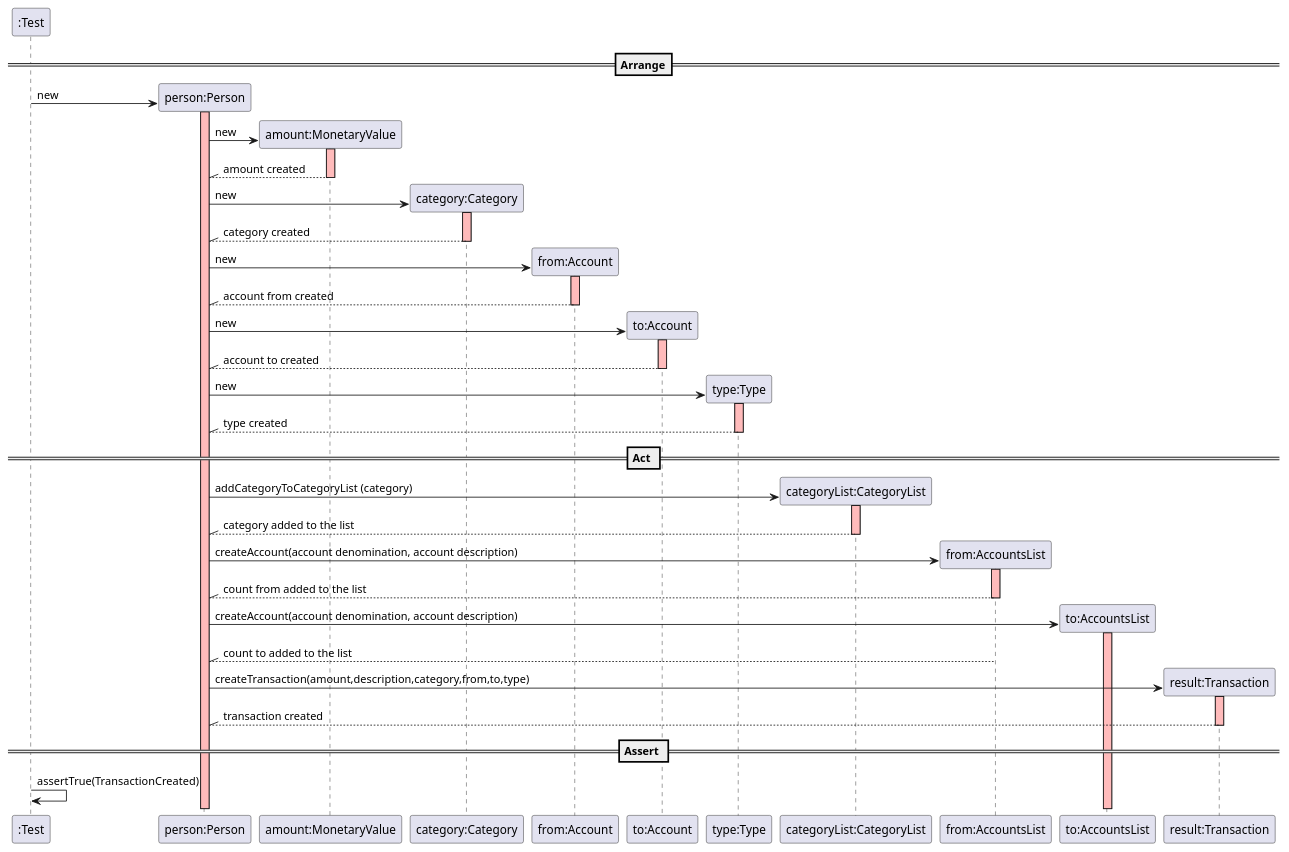
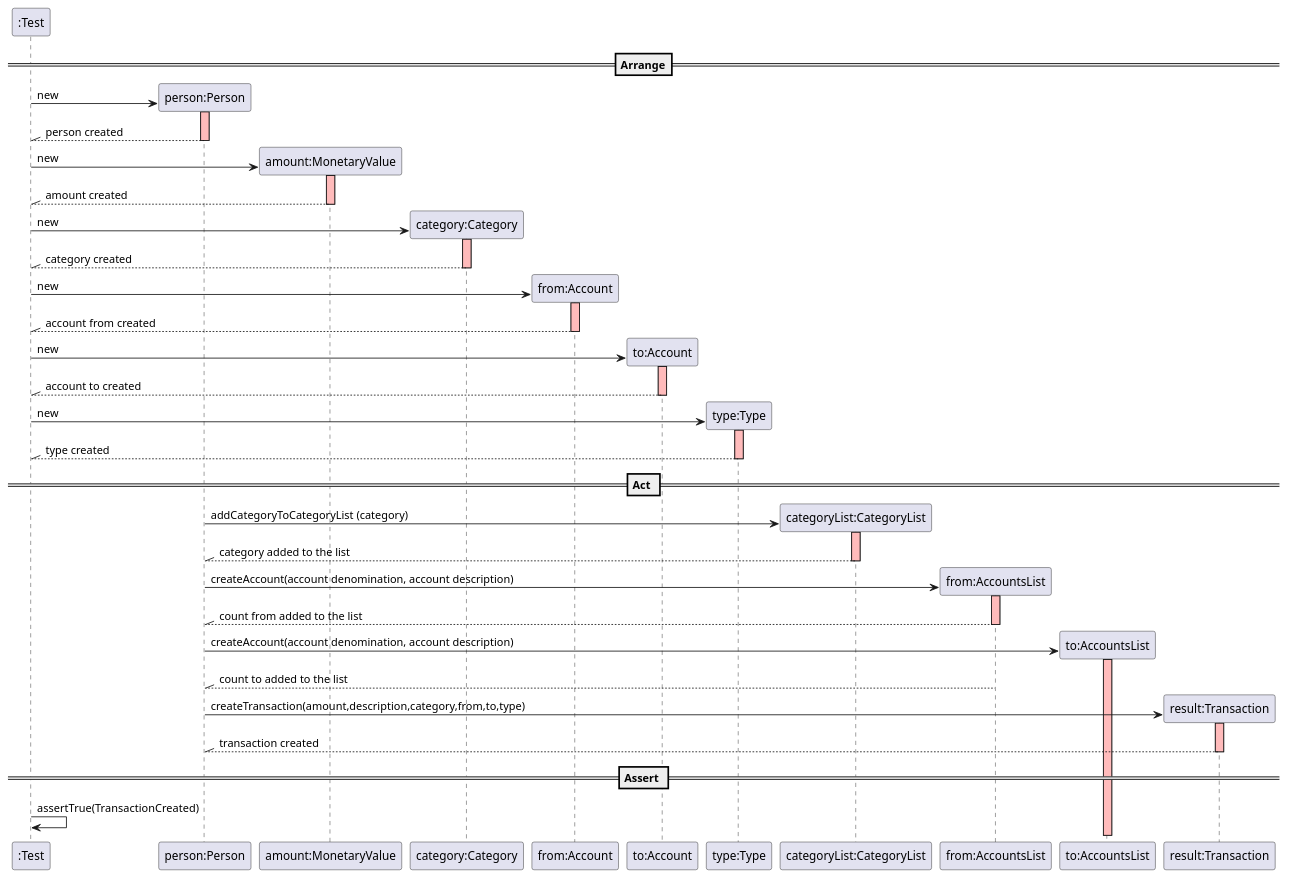
The diagram in docs/SequenceDiagram - UserStory8.puml (mleitaoribeiro/DevOpsMaven), drawn with PlantUML before and after one commit.

```diff
--- a/docs/SequenceDiagram - UserStory8.puml
+++ b/docs/SequenceDiagram - UserStory8.puml
@@ -1,74 +1,76 @@
 @startuml
 create ":Test"
 
 ==Arrange==
 
 create "person:Person"
 ":Test" -> "person:Person" : new
 activate "person:Person" #FFBBBB
+":Test" //-- "person:Person"  : person created
+deactivate "person:Person" #FFBBBB
 
 
 create "amount:MonetaryValue"
-"person:Person" -> "amount:MonetaryValue" : new
+":Test" -> "amount:MonetaryValue" : new
 activate "amount:MonetaryValue"  #FFBBBB
-"person:Person" //-- "amount:MonetaryValue" : amount created
+":Test" //-- "amount:MonetaryValue" : amount created
 deactivate "amount:MonetaryValue" #FFBBBB
 
 
 create "category:Category"
-"person:Person" -> "category:Category" : new
+":Test" -> "category:Category" : new
 activate "category:Category"  #FFBBBB
-"person:Person" //-- "category:Category" : category created
+":Test" //-- "category:Category" : category created
 deactivate "category:Category" #FFBBBB
 
 create "from:Account"
-"person:Person" -> "from:Account" : new
+":Test" -> "from:Account" : new
 activate "from:Account"  #FFBBBB
-"person:Person" //-- "from:Account" : account from created
+":Test" //-- "from:Account" : account from created
 deactivate "from:Account" #FFBBBB
 
 create "to:Account"
-"person:Person" -> "to:Account" : new
+":Test" -> "to:Account" : new
 activate "to:Account"  #FFBBBB
-"person:Person" //-- "to:Account" : account to created
+":Test" //-- "to:Account" : account to created
 deactivate "to:Account" #FFBBBB
 
 create "type:Type"
-"person:Person" -> "type:Type" : new
+":Test" -> "type:Type" : new
 activate "type:Type"  #FFBBBB
-"person:Person" //-- "type:Type" : type created
+":Test" //-- "type:Type" : type created
 deactivate "type:Type" #FFBBBB
 
 
 == Act ==
 
 create "categoryList:CategoryList"
 "person:Person" -> "categoryList:CategoryList" : addCategoryToCategoryList (category)
 activate "categoryList:CategoryList"  #FFBBBB
 "person:Person" //-- "categoryList:CategoryList" : category added to the list
 deactivate "categoryList:CategoryList" #FFBBBB
 
 create "from:AccountsList"
 "person:Person" -> "from:AccountsList" : createAccount(account denomination, account description)
 activate "from:AccountsList"  #FFBBBB
 "person:Person" //-- "from:AccountsList" : count from added to the list
 deactivate "from:AccountsList" #FFBBBB
 
 create "to:AccountsList"
 "person:Person" -> "to:AccountsList" : createAccount(account denomination, account description)
 activate "to:AccountsList"  #FFBBBB
 "person:Person" //-- "from:AccountsList" : count to added to the list
 deactivate "from:AccountsList" #FFBBBB
 
 create "result:Transaction"
 "person:Person" -> "result:Transaction" : createTransaction(amount,description,category,from,to,type)
 activate "result:Transaction"  #FFBBBB
 "person:Person" //-- "result:Transaction"  : transaction created
 deactivate "result:Transaction" #FFBBBB
 
 
 == Assert ==
 
 ":Test" -> ":Test" : assertTrue(TransactionCreated)
 
 @enduml
```
